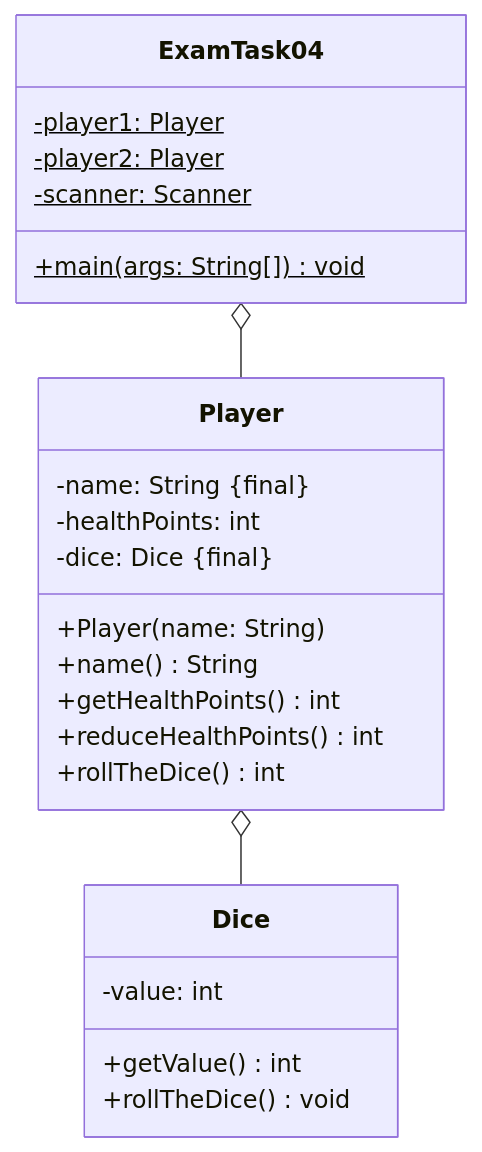
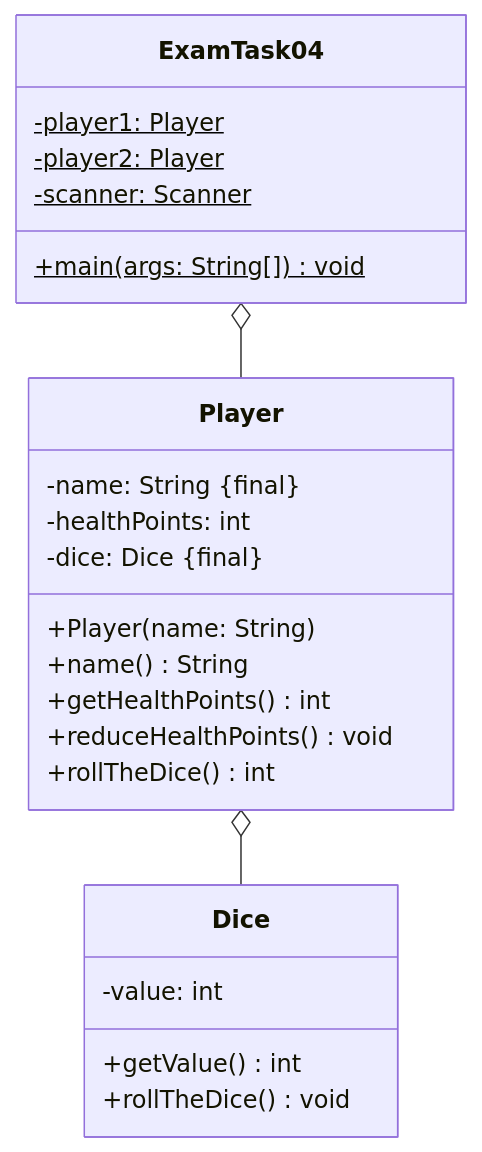
The seventh of 8 diagrams in docs/additional-material/daniel/sample-exam-java1.md (jappuccini/java-docs), drawn with Mermaid before and after one commit. The commit also changed other lines of this file, not shown here.

````diff
--- a/docs/additional-material/daniel/sample-exam-java1.md
+++ b/docs/additional-material/daniel/sample-exam-java1.md
@@ -501,29 +500,29 @@
 ```mermaid
 classDiagram
     ExamTask04 o-- Player
     Player o-- Dice
 
     class ExamTask04 {
         -player1: Player$
         -player2: Player$
         -scanner: Scanner$
         +main(args: String[])$ void
     }
 
     class Player {
         -name: String &#123final&#125
         -healthPoints: int
         -dice: Dice &#123final&#125
         +Player(name: String)
         +name() String
         +getHealthPoints() int
-        +reduceHealthPoints() int
+        +reduceHealthPoints() void
         +rollTheDice() int
     }
 
     class Dice {
         -value: int
         +getValue() int
         +rollTheDice() void
     }
 ```
````
